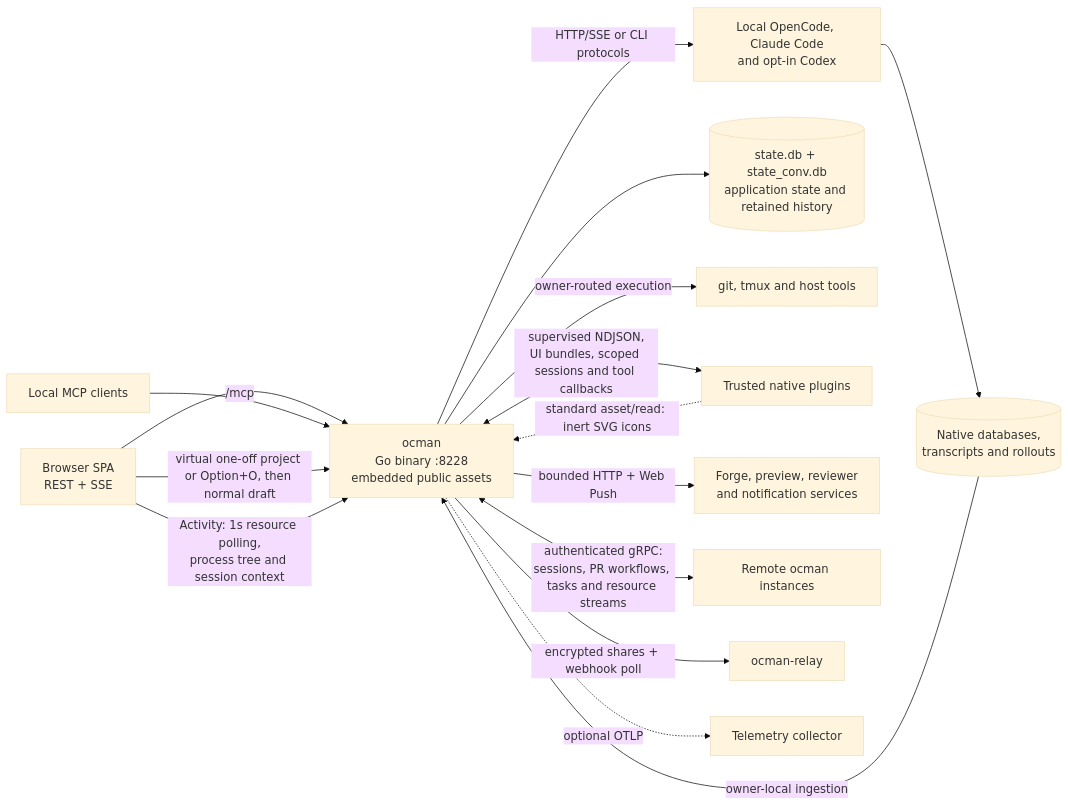
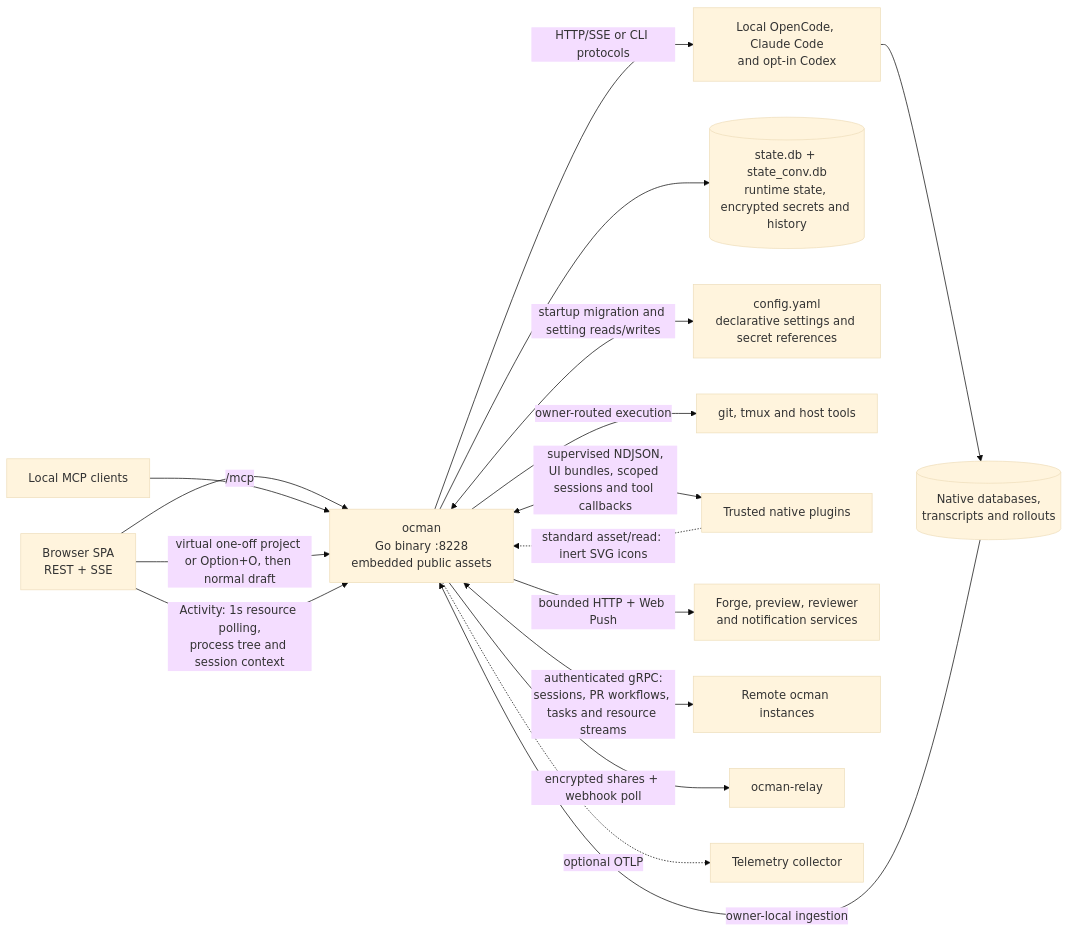
Before and after one commit to ocman/ocman: the first of 15 diagrams in docs/other/architecture.md, drawn with Mermaid (base theme). The commit also changed other lines of this file and 44 other files, not shown here.

Commit message:
feat(config): add file-backed settings and secret references

````diff
--- a/docs/other/architecture.md
+++ b/docs/other/architecture.md
@@ -30,18 +30,19 @@
 ```mermaid
 flowchart LR
     Browser[Browser SPA<br/>REST + SSE] --> Ocman[ocman<br/>Go binary :8228<br/>embedded public assets]
     Agent[Local MCP clients] -->|/mcp| Ocman
     Ocman -->|HTTP/SSE or CLI protocols| Platforms[Local OpenCode, Claude Code<br/>and opt-in Codex]
     Platforms --> Native[(Native databases,<br/>transcripts and rollouts)]
     Native -->|owner-local ingestion| Ocman
-    Ocman --> Stores[(state.db + state_conv.db<br/>application state and retained history)]
+    Ocman --> Stores[(state.db + state_conv.db<br/>runtime state, encrypted secrets and history)]
+    Ocman <-->|startup migration and setting reads/writes| Config[config.yaml<br/>declarative settings and secret references]
     Ocman -->|owner-routed execution| Tools[git, tmux and host tools]
     Browser -->|virtual one-off project or Option+O, then normal draft| Ocman
     Browser -->|Activity: 1s resource polling,<br/>process tree and session context| Ocman
     Ocman <-->|supervised NDJSON,<br/>UI bundles, scoped sessions and tool callbacks| Plugins[Trusted native plugins]
     Plugins -.->|standard asset/read: inert SVG icons| Ocman
     Ocman -->|bounded HTTP + Web Push| Services[Forge, preview, reviewer<br/>and notification services]
     Ocman <-->|authenticated gRPC:<br/>sessions, PR workflows, tasks and resource streams| Remotes[Remote ocman instances]
     Ocman -->|encrypted shares + webhook poll| Relay[ocman-relay]
     Ocman -.->|optional OTLP| Otel[Telemetry collector]
 ```
````
